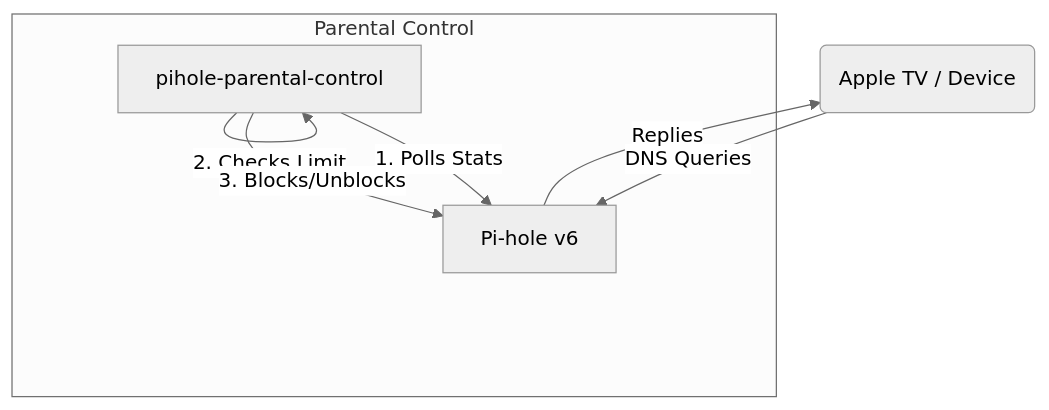
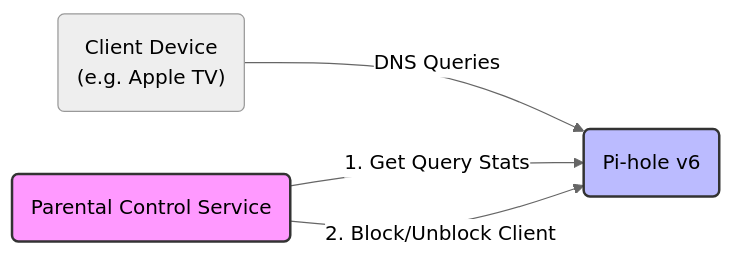
Before and after one commit to Vladikamira/pihole-parental-control: the diagram in README.md, drawn with Mermaid (neutral theme).

Commit message:
update Graph

````diff
--- a/README.md
+++ b/README.md
@@ -24,11 +24,12 @@
 ```mermaid
-graph TD
-    Client(Apple TV / Device) -- DNS Queries --> PiHole[Pi-hole v6]
-    PiHole -- Replies --> Client
+graph LR
+    Client("Client Device<br>(e.g. Apple TV)") -- "DNS Queries" --> PiHole("Pi-hole v6")
     
-    subgraph Parental Control
-    App[pihole-parental-control] -- 1. Polls Stats --> PiHole
-    App -- 2. Checks Limit --> App
-    App -- 3. Blocks/Unblocks --> PiHole
-    end
+    App("Parental Control Service")
+
+    App -- "1. Get Query Stats" --> PiHole
+    App -- "2. Block/Unblock Client" --> PiHole
+
+    style App fill:#f9f,stroke:#333,stroke-width:2px
+    style PiHole fill:#bbf,stroke:#333,stroke-width:2px
 ```
````
